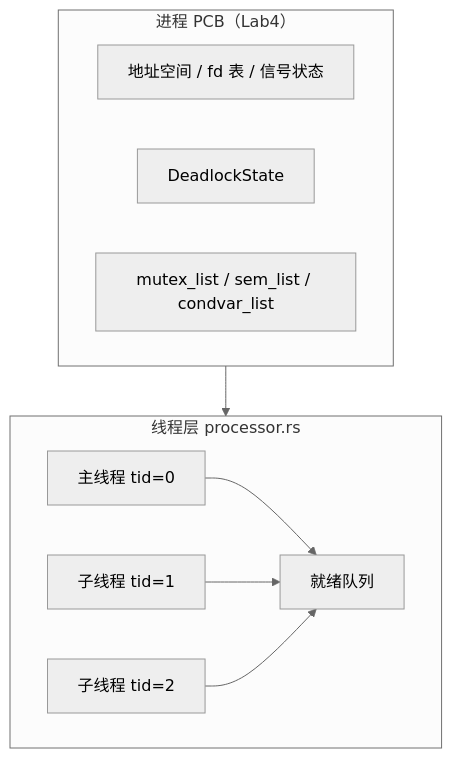
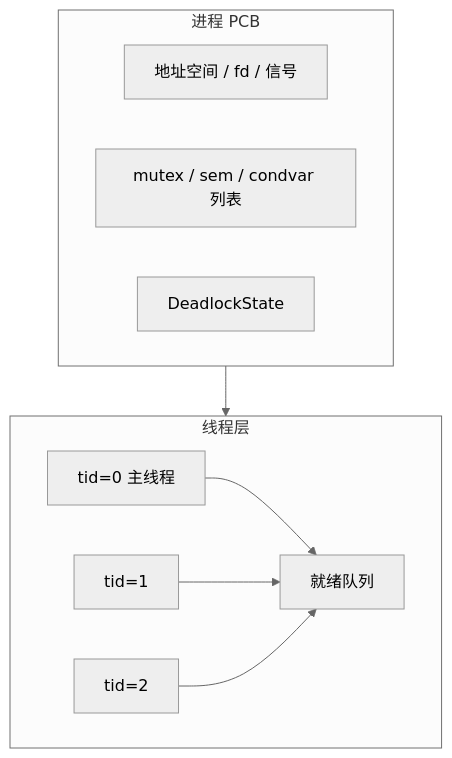
Before and after one commit to AM-SuSh/EVOLVE: the first of 2 diagrams in os-lab/labs/lab8-thread-sync.md, drawn with Mermaid (neutral theme). The commit also changed other lines of this file and 23 other files, not shown here.

````diff
--- a/os-lab/labs/lab8-thread-sync.md
+++ b/os-lab/labs/lab8-thread-sync.md
@@ -49,18 +64,18 @@
 ```mermaid
 graph TB
-    subgraph Process["进程 PCB（Lab4）"]
-        AS["地址空间 / fd 表 / 信号状态"]
+    subgraph Process["进程 PCB"]
+        AS["地址空间 / fd / 信号"]
+        SYNC["mutex / sem / condvar 列表"]
         DL["DeadlockState"]
-        ML["mutex_list / sem_list / condvar_list"]
     end
-    subgraph Threads["线程层 processor.rs"]
-        T0["主线程 tid=0"]
-        T1["子线程 tid=1"]
-        T2["子线程 tid=2"]
+    subgraph Threads["线程层"]
+        T0["tid=0 主线程"]
+        T1["tid=1"]
+        T2["tid=2"]
         RQ["就绪队列"]
     end
     Process --> Threads
     T0 --> RQ
     T1 --> RQ
     T2 --> RQ
 ```
````
